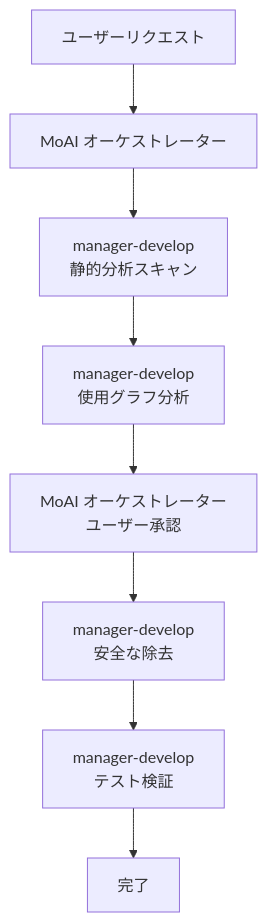
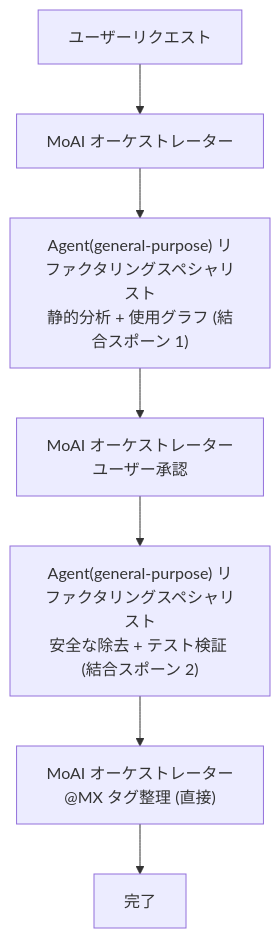
One commit to modu-ai/moai-adk changed the second of 2 diagrams in docs-site/content/ja/utility-commands/moai-clean.md. Above: the diagram before and after it, drawn with Mermaid. The commit also changed other lines of this file and 180 other files, not shown here.

````diff
--- a/docs-site/content/ja/utility-commands/moai-clean.md
+++ b/docs-site/content/ja/utility-commands/moai-clean.md
@@ -173,10 +175,9 @@
 ```mermaid
 flowchart TD
     User["ユーザーリクエスト"] --> MoAI["MoAI オーケストレーター"]
-    MoAI --> Refactor1["manager-develop<br/>静的分析スキャン"]
-    Refactor1 --> Refactor2["manager-develop<br/>使用グラフ分析"]
-    Refactor2 --> MoAI2["MoAI オーケストレーター<br/>ユーザー承認"]
-    MoAI2 --> Refactor3["manager-develop<br/>安全な除去"]
-    Refactor3 --> Testing["manager-develop<br/>テスト検証"]
-    Testing --> Complete["完了"]
+    MoAI --> Refactor1["Agent(general-purpose) リファクタリングスペシャリスト<br/>静的分析 + 使用グラフ (結合スポーン 1)"]
+    Refactor1 --> MoAI2["MoAI オーケストレーター<br/>ユーザー承認"]
+    MoAI2 --> Refactor2["Agent(general-purpose) リファクタリングスペシャリスト<br/>安全な除去 + テスト検証 (結合スポーン 2)"]
+    Refactor2 --> MoAI3["MoAI オーケストレーター<br/>@MX タグ整理 (直接)"]
+    MoAI3 --> Complete["完了"]
 ```
````
